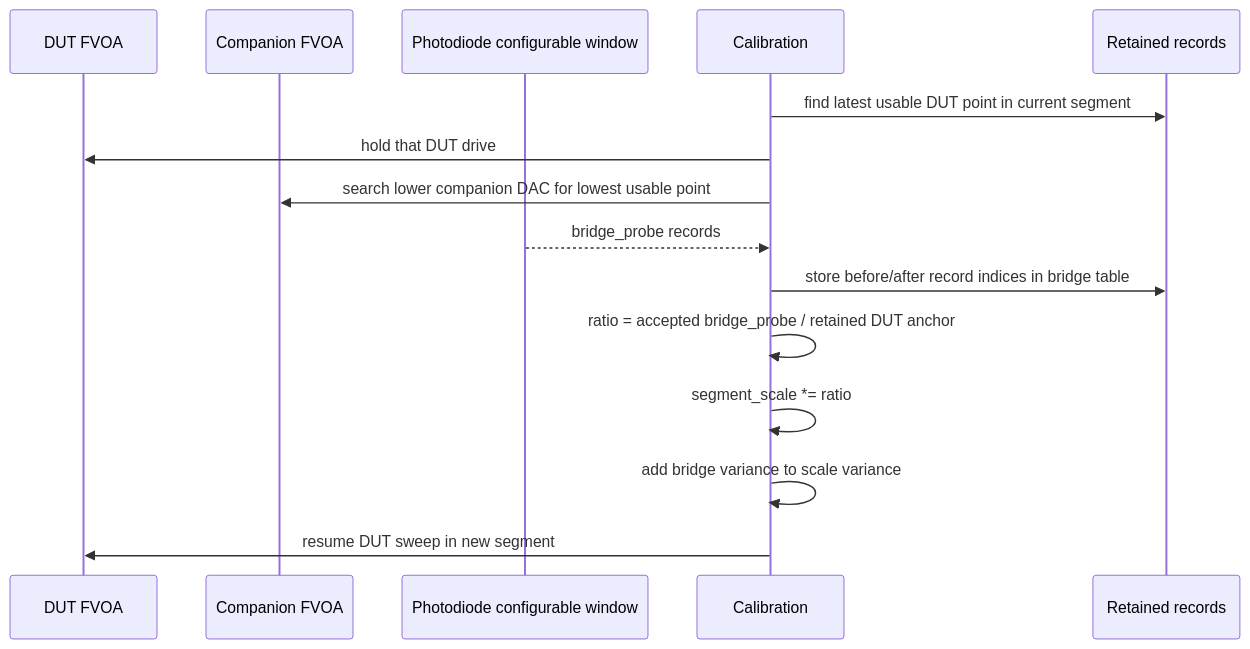
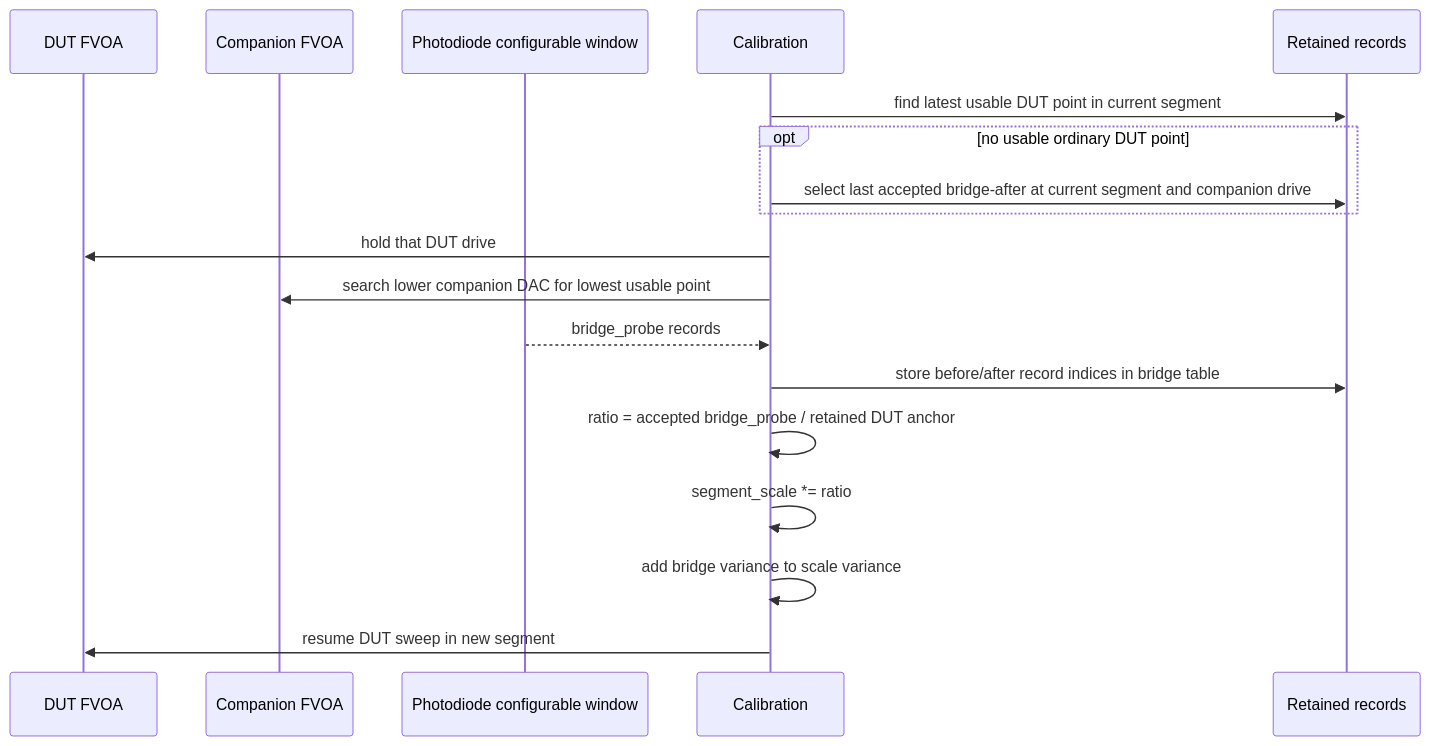
Before and after one commit to COO-Utilities/hispec-tib: the fifth of 7 diagrams in doc/attenuator_calibration.md, drawn with Mermaid. The commit also changed other lines of this file and 18 other files, not shown here.

````diff
--- a/doc/attenuator_calibration.md
+++ b/doc/attenuator_calibration.md
@@ -193,18 +214,21 @@
 ```mermaid
 sequenceDiagram
   participant DUT as DUT FVOA
   participant Other as Companion FVOA
   participant PD as Photodiode configurable window
   participant Cal as Calibration
   participant Rec as Retained records
 
   Cal->>Rec: find latest usable DUT point in current segment
+  opt no usable ordinary DUT point
+    Cal->>Rec: select last accepted bridge-after at current segment and companion drive
+  end
   Cal->>DUT: hold that DUT drive
   Cal->>Other: search lower companion DAC for lowest usable point
   PD-->>Cal: bridge_probe records
   Cal->>Rec: store before/after record indices in bridge table
   Cal->>Cal: ratio = accepted bridge_probe / retained DUT anchor
   Cal->>Cal: segment_scale *= ratio
   Cal->>Cal: add bridge variance to scale variance
   Cal->>DUT: resume DUT sweep in new segment
 ```
````
